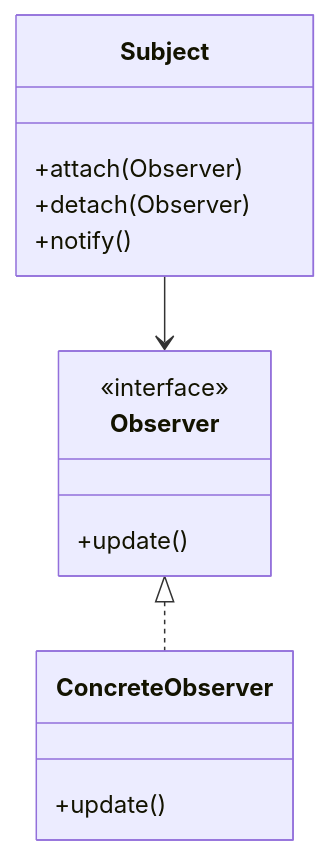
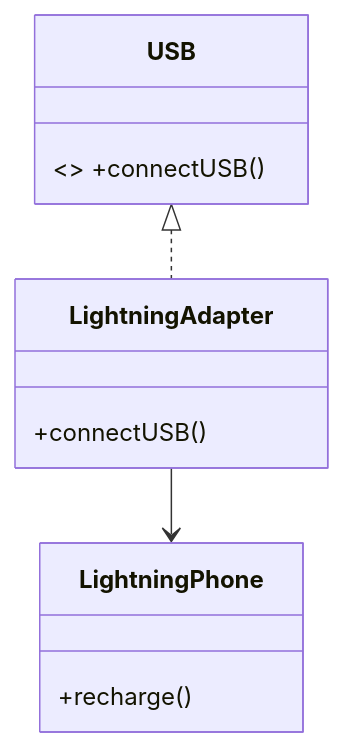
Before and after one commit to Ankitsinghsisodya/Low-level-design: diagram 12 of 26 in README.md, drawn with Mermaid. The commit also changed other lines of this file, not shown here.

````diff
--- a/README.md
+++ b/README.md
@@ -267,17 +630,8 @@
 ```mermaid
 classDiagram
-    class Subject {
-        +attach(Observer)
-        +detach(Observer)
-        +notify()
-    }
-    class Observer {
-        <<interface>>
-        +update()
-    }
-    class ConcreteObserver {
-        +update()
-    }
-    Subject --> Observer
-    Observer <|.. ConcreteObserver
+    class USB { <<interface>> +connectUSB() }
+    class LightningPhone { +recharge() }
+    class LightningAdapter { +connectUSB() }
+    USB <|.. LightningAdapter
+    LightningAdapter --> LightningPhone
 ```
````
